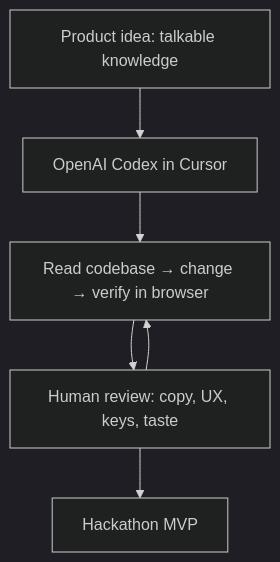
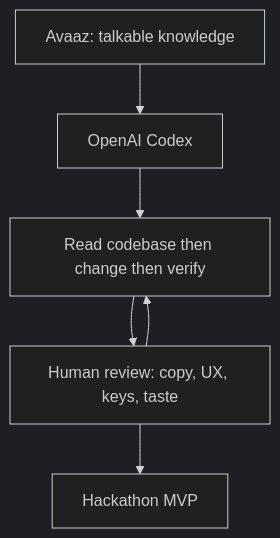
The eighth of 9 diagrams in README.md (provanshh/avaaz), drawn with Mermaid (dark theme) before and after one commit. The commit also changed other lines of this file, not shown here.

````diff
--- a/README.md
+++ b/README.md
@@ -264,8 +372,8 @@
 ```mermaid
 flowchart TD
-  Idea[Product idea: talkable knowledge] --> Codex[OpenAI Codex in Cursor]
-  Codex --> Loop[Read codebase → change → verify in browser]
+  Idea[Avaaz: talkable knowledge] --> Codex[OpenAI Codex]
+  Codex --> Loop[Read codebase then change then verify]
   Loop --> Review[Human review: copy, UX, keys, taste]
   Review --> Loop
   Review --> Ship[Hackathon MVP]
 ```
````
